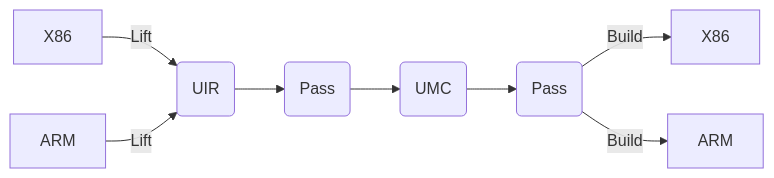
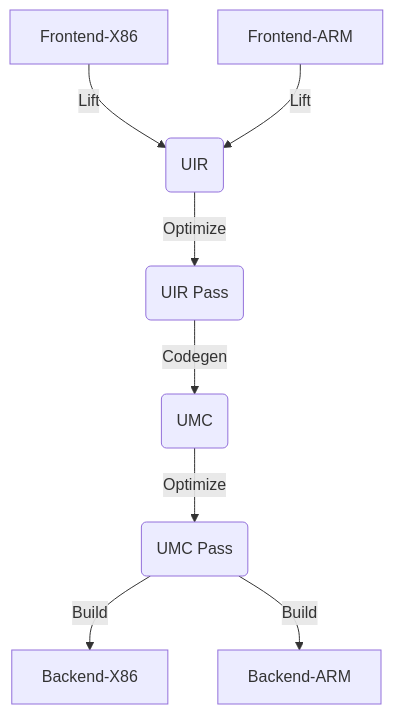
One commit to NewWorldComingSoon/UnknownRebuilder changed the diagram in README.md. Above: the diagram before and after it, drawn with Mermaid.

````diff
--- a/README.md
+++ b/README.md
@@ -8,10 +8,10 @@
 ```mermaid
-flowchart LR
-A1[X86] -->|Lift| B(UIR)
-A2[ARM] -->|Lift| B(UIR)
-B -->C(Pass)
-C -->D(UMC)
-D -->E(Pass)
-E -->|Build| F1[X86]
-E -->|Build| F2[ARM]
+flowchart TD
+A1[Frontend-X86] -->|Lift| B(UIR)
+A2[Frontend-ARM] -->|Lift| B(UIR)
+B -->|Optimize| C(UIR Pass)
+C -->|Codegen| D(UMC)
+D -->|Optimize| E(UMC Pass)
+E -->|Build| F1[Backend-X86]
+E -->|Build| F2[Backend-ARM]
 ```
````
